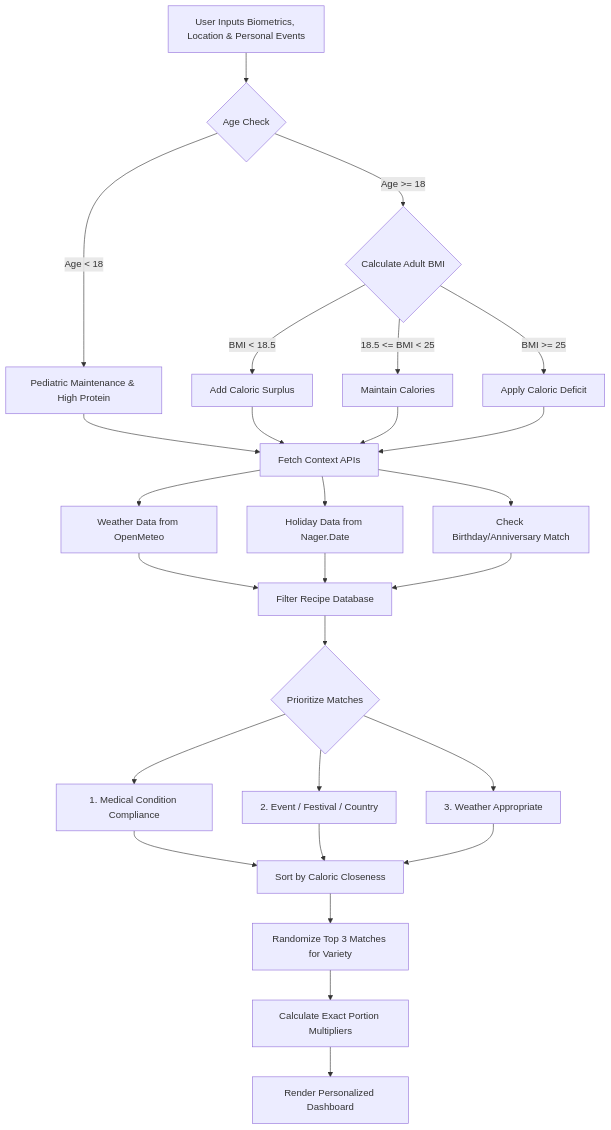
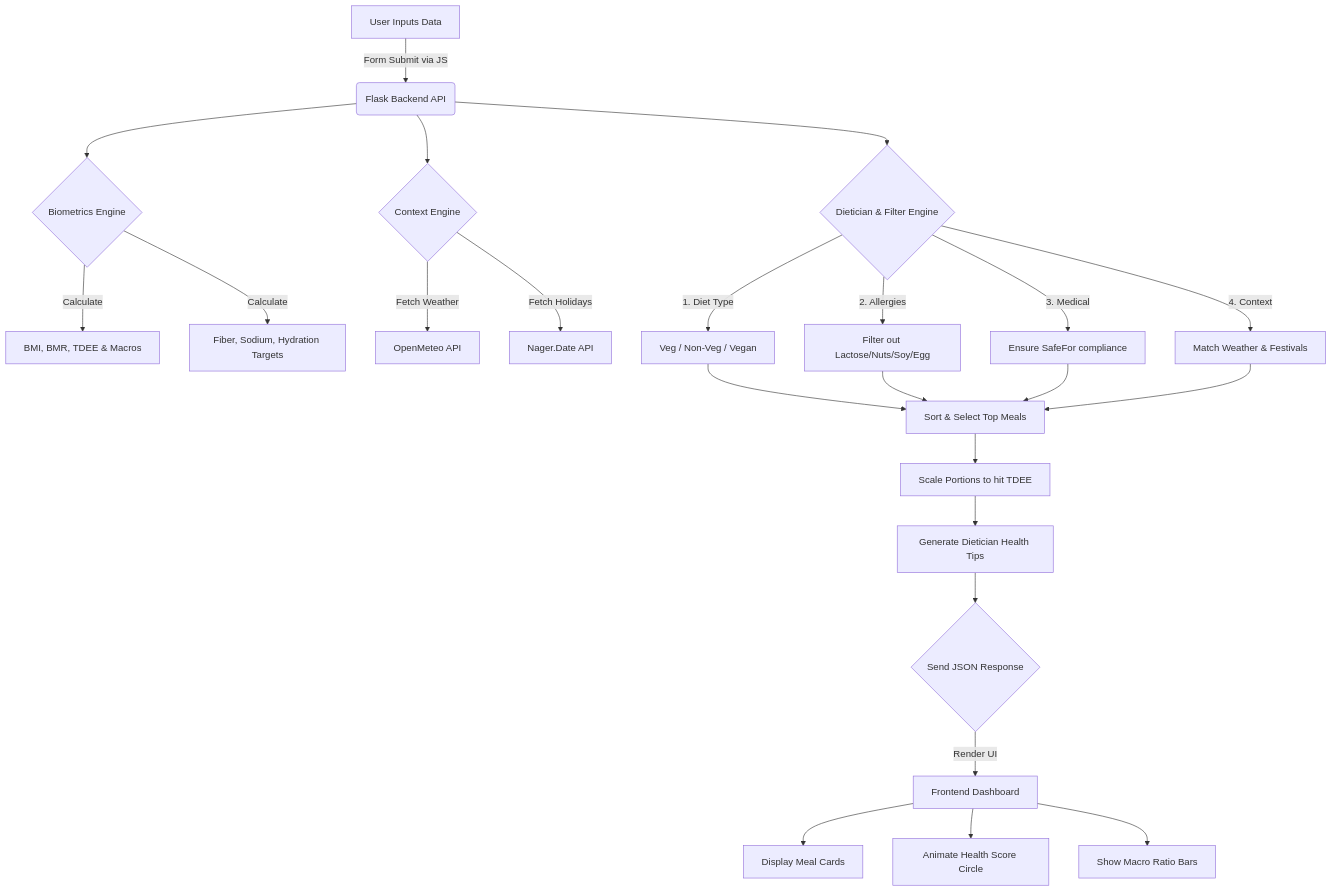
Before and after one commit to parul-gupta-genai/vegetarian-meal-planner: the diagram in README.md, drawn with Mermaid. The commit also changed other lines of this file, not shown here.

Commit message:
Update README with new Flask architecture, features, and flow chart

````diff
--- a/README.md
+++ b/README.md
@@ -31,37 +39,33 @@
 ```mermaid
 graph TD
-    A[User Inputs Biometrics, Location & Personal Events] --> B{Age Check}
+    A[User Inputs Data] -->|Form Submit via JS| B(Flask Backend API)
     
-    B -->|Age < 18| PEDIATRIC[Pediatric Maintenance & High Protein]
-    B -->|Age >= 18| ADULT{Calculate Adult BMI}
+    B --> C{Biometrics Engine}
+    C -->|Calculate| D[BMI, BMR, TDEE & Macros]
+    C -->|Calculate| E[Fiber, Sodium, Hydration Targets]
     
-    ADULT -->|BMI < 18.5| C[Add Caloric Surplus]
-    ADULT -->|18.5 <= BMI < 25| D[Maintain Calories]
-    ADULT -->|BMI >= 25| E[Apply Caloric Deficit]
+    B --> F{Context Engine}
+    F -->|Fetch Weather| G[OpenMeteo API]
+    F -->|Fetch Holidays| H[Nager.Date API]
     
-    PEDIATRIC --> F[Fetch Context APIs]
-    C --> F
-    D --> F
-    E --> F
+    B --> I{Dietician & Filter Engine}
+    I -->|1. Diet Type| J[Veg / Non-Veg / Vegan]
+    I -->|2. Allergies| K[Filter out Lactose/Nuts/Soy/Egg]
+    I -->|3. Medical| L[Ensure SafeFor compliance]
+    I -->|4. Context| M[Match Weather & Festivals]
     
-    F --> G[Weather Data from OpenMeteo]
-    F --> H[Holiday Data from Nager.Date]
-    F --> EVENT[Check Birthday/Anniversary Match]
-    
-    G --> I[Filter Recipe Database]
-    H --> I
-    EVENT --> I
-    
-    I --> J{Prioritize Matches}
-    J --> K[1. Medical Condition Compliance]
-    J --> L[2. Event / Festival / Country]
-    J --> M[3. Weather Appropriate]
-    
-    K --> N[Sort by Caloric Closeness]
+    J --> N[Sort & Select Top Meals]
+    K --> N
     L --> N
     M --> N
     
-    N --> O[Randomize Top 3 Matches for Variety]
-    O --> P[Calculate Exact Portion Multipliers]
-    P --> Q[Render Personalized Dashboard]
+    N --> O[Scale Portions to hit TDEE]
+    O --> P[Generate Dietician Health Tips]
+    
+    P --> Q{Send JSON Response}
+    
+    Q -->|Render UI| R[Frontend Dashboard]
+    R --> S[Display Meal Cards]
+    R --> T[Animate Health Score Circle]
+    R --> U[Show Macro Ratio Bars]
 ```
````
